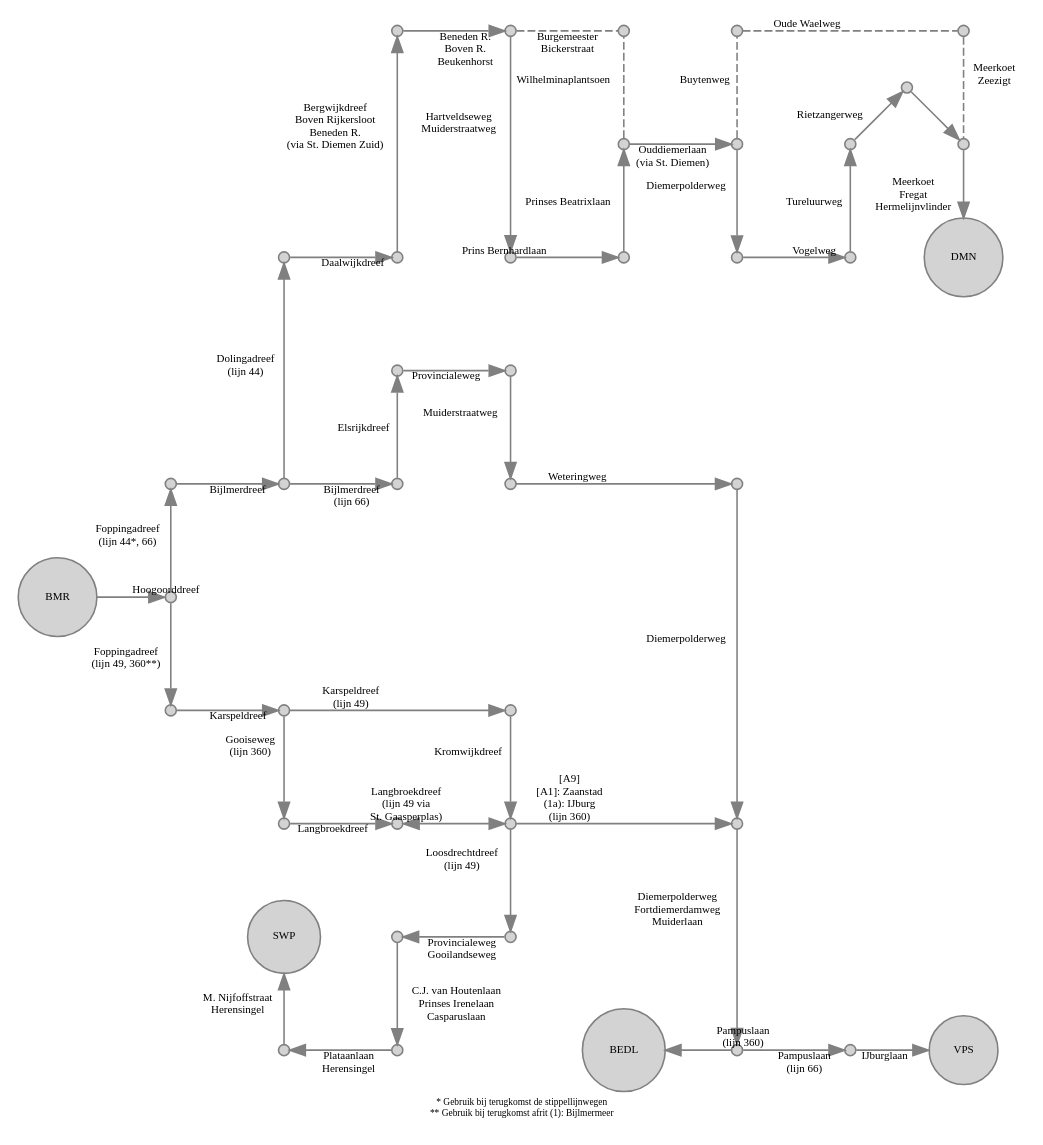
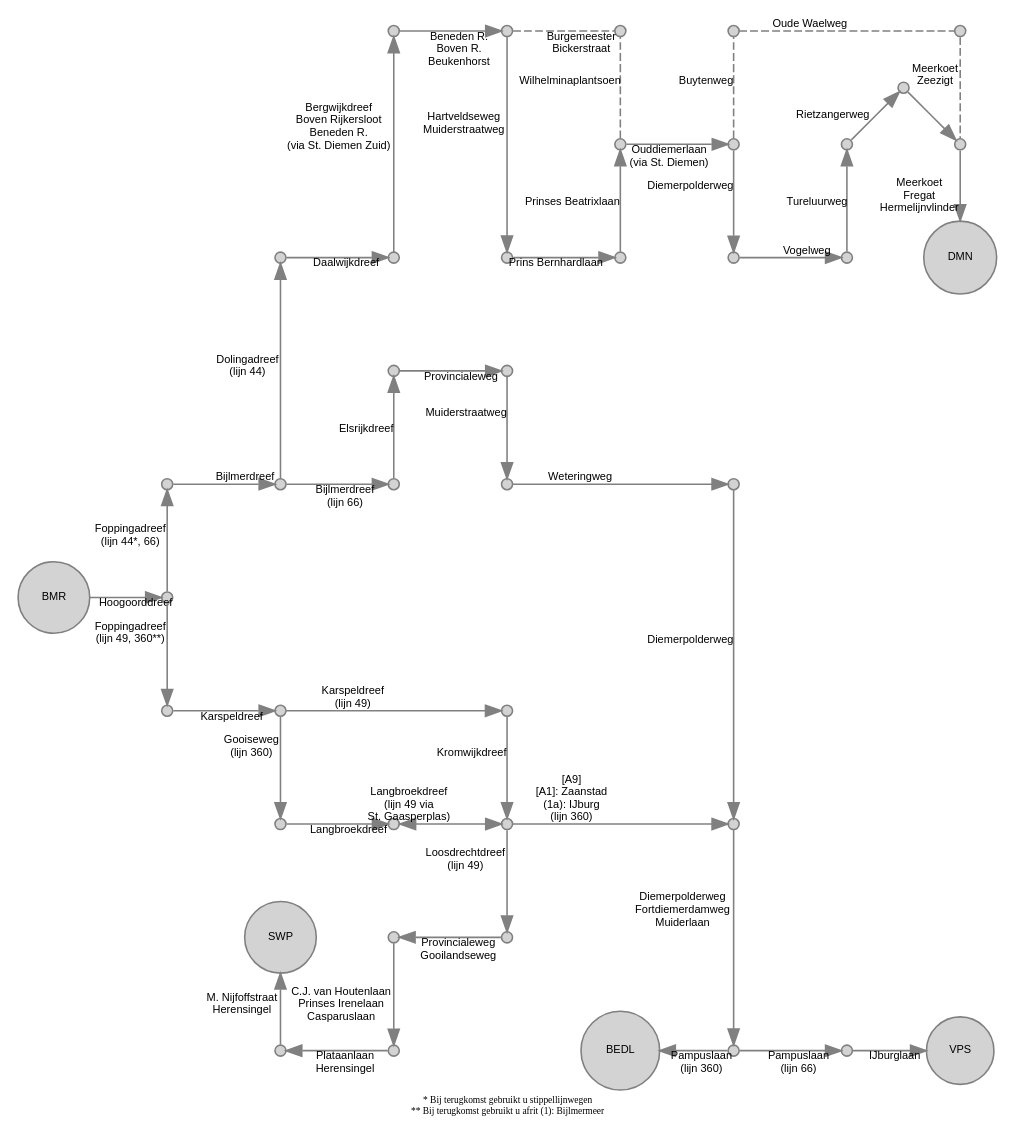
One commit to JacekPardyak/bus changed the diagram in gvb/gvb_BMR.gv. Above: the diagram before and after it, drawn with Graphviz. The commit also changed 14 other files, not shown here.

```diff
--- a/gvb/gvb_BMR.gv
+++ b/gvb/gvb_BMR.gv
@@ -1,138 +1,138 @@
 digraph G {
   layout = neato
-  node [shape = circle, style = filled, fillcolor = lightgray, color = gray, height=0.1, label = "", fontsize = 7]
-  edge [color = gray, fontsize = 7]
+  node [shape = circle, style = filled, fillcolor = lightgray, color = gray, height=0.1, label = "", fontsize = 7, fontname = "Arial"]
+  edge [color = gray, fontsize = 7, fontname = "Arial"]
   4900 [pos = "0, 0!", label = "BMR"]
   4901 [pos = "1, 0!"]
   4902 [pos = "1,-1!"]
   4903 [pos = "2,-1!"]
   4904 [pos = "4,-1!"]
   4905 [pos = "4,-2!"]
   4906 [pos = "4,-3!"]
   4907 [pos = "3,-3!"]
   4908 [pos = "3,-4!"]
   4909 [pos = "2,-4!"]
   4910 [pos = "2,-3!", label = "SWP"]
 
   6601 [pos = "1, 1!"]
   6602 [pos = "3, 1!"]
   6603 [pos = "3, 2!"]
   6604 [pos = "4, 2!"]
   6605 [pos = "4, 1!"]
   6606 [pos = "6, 1!"]
   6607 [pos = "6,-2!"]
   6608 [pos = "6,-4!"]
   6609 [pos = "7,-4!"]
   6610 [pos = "8,-4!", label = "VPS"]
 
   36001 [pos = "2,-2!"]
   36002 [pos = "3,-2!"]
   36003 [pos = "5,-4!", label = "BEDL"]
   
   4401 [pos = "2, 1!"]
   4402 [pos = "2, 3!"]
   4403 [pos = "3, 3!"]
   4404 [pos = "3, 5!"]
   4405 [pos = "4, 5!"]
   4406 [pos = "4, 3!"]
   4407 [pos = "5, 3!"]
   4408 [pos = "5, 4!"]
   4409 [pos = "6, 4!"]
   4410 [pos = "6, 3!"]
   4411 [pos = "7, 3!"]
   4412 [pos = "7, 4!"]
   4413 [pos = "7.5, 4.5!"]
   4415 [pos = "8, 3!", label = "DMN"]
   4416 [pos = "5, 5!"]
   4417 [pos = "6, 5!"]
   4418 [pos = "8, 5!"]
   4419 [pos = "8, 4!"]
   
   4408 -> 4416 [label = "Wilhelminaplantsoen", style = dashed, dir = "none"]
   4405 -> 4416 [label = "Burgemeester
 Bickerstraat", style = dashed, dir = "none"]
   4409 -> 4417 [label = "Buytenweg", style = dashed, dir = "none"]
   4417 -> 4418 [label = "Oude Waelweg", style = dashed, dir = "none"]
   4418 -> 4419 [label = "Meerkoet 
  Zeezigt", style = dashed, dir = "none"]
 
   4900 -> 4901 [label = "Hoogoorddreef"]
   4901 -> 4902 [label = "Foppingadreef 
  (lijn 49, 360**)"]
   4902 -> 4903 [label = "Karspeldreef"]
   4903 -> 4904 [label = "Karspeldreef 
  (lijn 49)"]
   4904 -> 4905 [label = "Kromwijkdreef"]
   4905 -> 4906 [label = "Loosdrechtdreef 
  (lijn 49)"]
   4906 -> 4907 [label = "Provincialeweg 
  Gooilandseweg"]
   4907 -> 4908 [label = "C.J. van Houtenlaan 
  Prinses Irenelaan 
  Casparuslaan"]
   4908 -> 4909 [label = "Plataanlaan 
  Herensingel"]
   4909 -> 4910 [label = "M. Nijfoffstraat 
  Herensingel"]
 
   4903 -> 36001 [label = "Gooiseweg 
  (lijn 360)"]
   36001 -> 36002 [label = "Langbroekdreef"]
   36002 -> 4905 [dir = "both", label = "Langbroekdreef 
  (lijn 49 via
 St. Gaasperplas)"]
 
   4901 -> 6601 [label = "Foppingadreef 
  (lijn 44*, 66)"]
   6601 -> 4401 [label = "Bijlmerdreef"]
   4401 -> 6602 [label = "Bijlmerdreef 
  (lijn 66)"]
   4401 -> 4402 [label = "Dolingadreef 
  (lijn 44)"]
   4402 -> 4403 [label = "Daalwijkdreef"]
   4403 -> 4404 [label = "Bergwijkdreef 
  Boven Rijkersloot 
  Beneden R. 
  (via St. Diemen Zuid)"]
   4404 -> 4405 [label = "Beneden R. 
  Boven R. 
  Beukenhorst"]
   4405 -> 4406 [label = "Hartveldseweg 
  Muiderstraatweg"]
   4406 -> 4407 [label = "Prins Bernhardlaan"]
   4407 -> 4408 [label = "Prinses Beatrixlaan"]
   4408 -> 4409 [label = "Ouddiemerlaan
  (via St. Diemen)"]
   4409 -> 4410 [label = "Diemerpolderweg"]
   4410 -> 4411 [label = "Vogelweg"]
   4411 -> 4412 [label = "Tureluurweg"]
   4412 -> 4413 [label = "Rietzangerweg"]
   4413 -> 4419
   4419 -> 4415 [label = "Meerkoet 
  Fregat 
  Hermelijnvlinder"]
   
   6602 -> 6603 [label = "Elsrijkdreef"]
   6603 -> 6604 [label = "Provincialeweg"]
   6604 -> 6605 [label = "Muiderstraatweg"]
   6605 -> 6606 [label = "Weteringweg"]
 
   6606 -> 6607 [label = "Diemerpolderweg"]
   6607 -> 6608 [label = "Diemerpolderweg 
  Fortdiemerdamweg 
  Muiderlaan"]
   6608 -> 36003 [label = "Pampuslaan 
  (lijn 360)"]
   6608 -> 6609 [label = "Pampuslaan 
  (lijn 66)"]
   6609 -> 6610 [label = "IJburglaan"]
   4905 -> 6607 [label = "[A9] 
  [A1]: Zaanstad 
  (1a): IJburg 
  (lijn 360)"]
   
   labelloc="b"
-  label="* Gebruik bij terugkomst de stippellijnwegen 
- ** Gebruik bij terugkomst afrit (1): Bijlmermeer"
+  label="* Bij terugkomst gebruikt u stippellijnwegen 
+ ** Bij terugkomst gebruikt u afrit (1): Bijlmermeer"
   fontsize=6
 }
```
